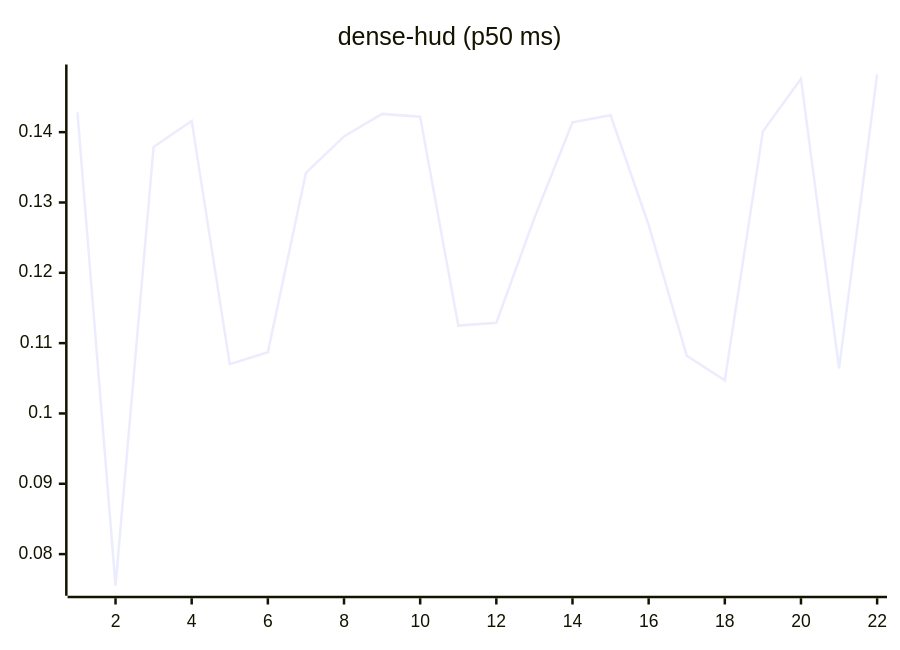
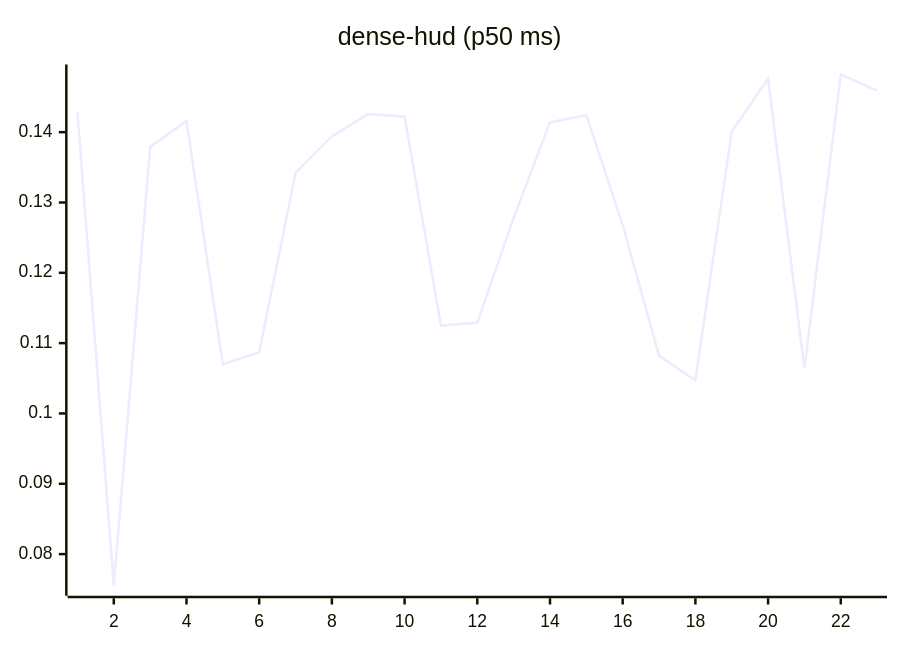
Before and after one commit to josha/Facet: the eighth of 27 diagrams in README.md, drawn with Mermaid. The commit also changed other lines of this file and 2 other files, not shown here.

````diff
--- a/README.md
+++ b/README.md
@@ -112,6 +112,6 @@
 ```mermaid
 xychart-beta
     title "dense-hud (p50 ms)"
-    x-axis 1 --> 22
-    line [0.1428, 0.0755, 0.1379, 0.1416, 0.1070, 0.1087, 0.1342, 0.1394, 0.1426, 0.1422, 0.1125, 0.1129, 0.1278, 0.1414, 0.1424, 0.1268, 0.1082, 0.1047, 0.1401, 0.1476, 0.1064, 0.1482]
+    x-axis 1 --> 23
+    line [0.1428, 0.0755, 0.1379, 0.1416, 0.1070, 0.1087, 0.1342, 0.1394, 0.1426, 0.1422, 0.1125, 0.1129, 0.1278, 0.1414, 0.1424, 0.1268, 0.1082, 0.1047, 0.1401, 0.1476, 0.1064, 0.1482, 0.1459]
 ```
````
